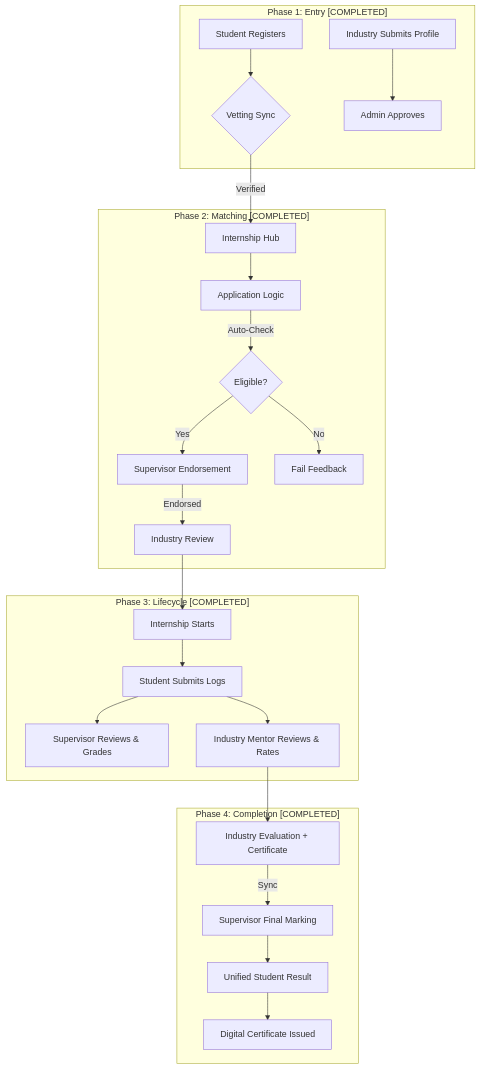
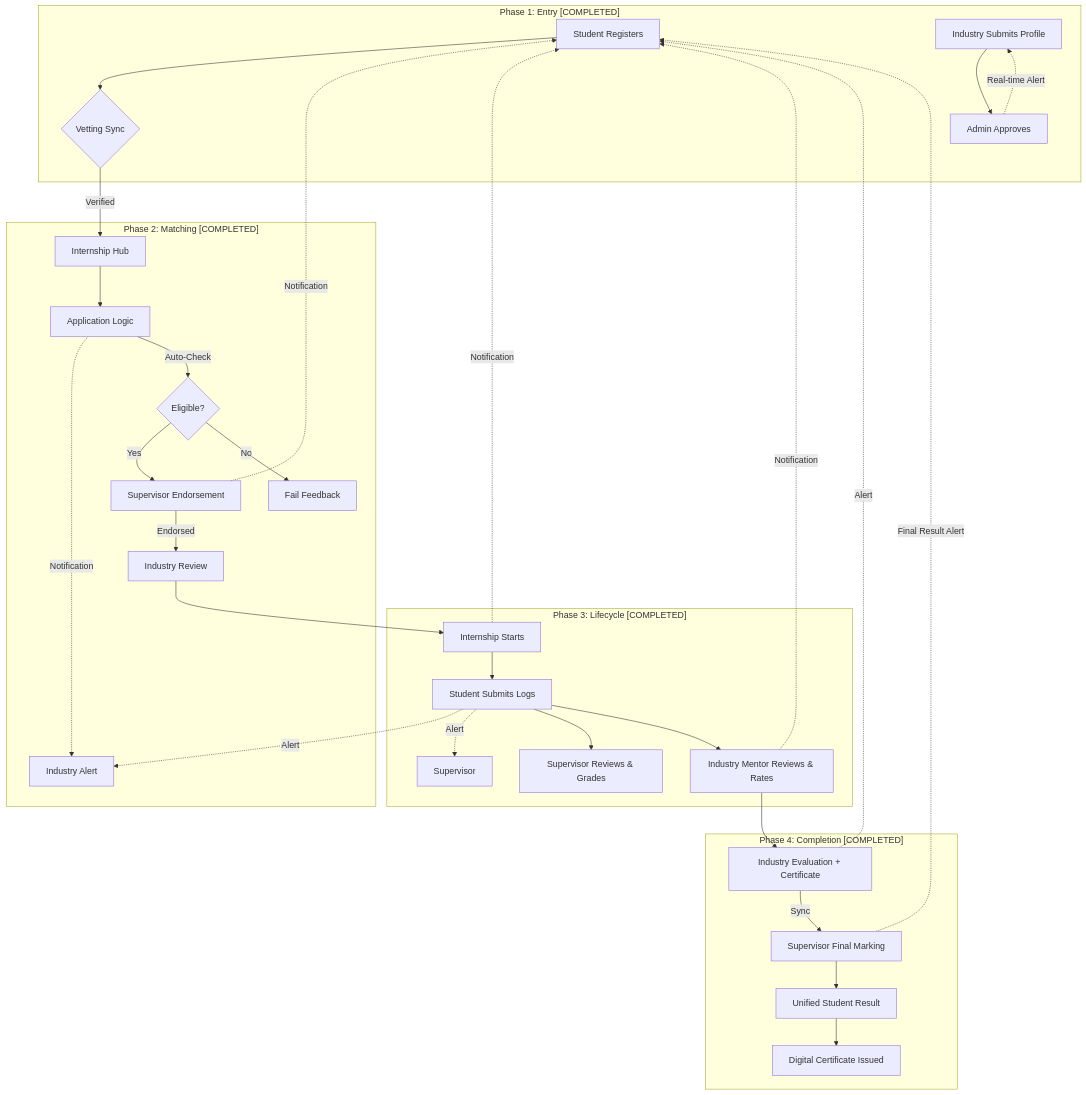
One commit to MuhammadShoaibKalim/Internship-Management-System changed the diagram in PROJECT_FLOW.md. Above: the diagram before and after it, drawn with Mermaid. The commit also changed other lines of this file, not shown here.

Commit message:
feat: Set up core client and server architecture with multi-role dashboards, management pages, and file upload functionality.

````diff
--- a/PROJECT_FLOW.md
+++ b/PROJECT_FLOW.md
@@ -58,30 +58,39 @@
 ```mermaid
 graph TD
     subgraph "Phase 1: Entry [COMPLETED]"
     ST[Student Registers] --> VS{Vetting Sync}
     IN[Industry Submits Profile] --> AD[Admin Approves]
+    AD -.->|Real-time Alert| IN
     end
 
     subgraph "Phase 2: Matching [COMPLETED]"
     VS -->|Verified| HUB[Internship Hub]
     HUB --> APPLY[Application Logic]
+    APPLY -.->|Notification| Industry[Industry Alert]
     APPLY -->|Auto-Check| ELIG{Eligible?}
     ELIG -->|Yes| SUP_VET[Supervisor Endorsement]
+    SUP_VET -.->|Notification| ST
     SUP_VET -->|Endorsed| VET[Industry Review]
     ELIG -->|No| REJ[Fail Feedback]
     end
 
     subgraph "Phase 3: Lifecycle [COMPLETED]"
     VET --> HIRED[Internship Starts]
+    HIRED -.->|Notification| ST
     HIRED --> LOGS[Student Submits Logs]
+    LOGS -.->|Alert| Industry
+    LOGS -.->|Alert| Supervisor
     LOGS --> SUP[Supervisor Reviews & Grades]
     LOGS --> MNT[Industry Mentor Reviews & Rates]
+    MNT -.->|Notification| ST
     end
 
     subgraph "Phase 4: Completion [COMPLETED]"
     MNT --> EVAL[Industry Evaluation + Certificate]
+    EVAL -.->|Alert| ST
     EVAL -->|Sync| SUP_MARK[Supervisor Final Marking]
+    SUP_MARK -.->|Final Result Alert| ST
     SUP_MARK --> RESULT[Unified Student Result]
     RESULT --> COMP[Digital Certificate Issued]
     end
 ```
````
